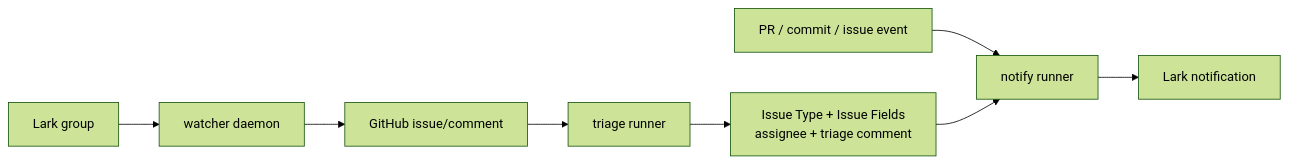
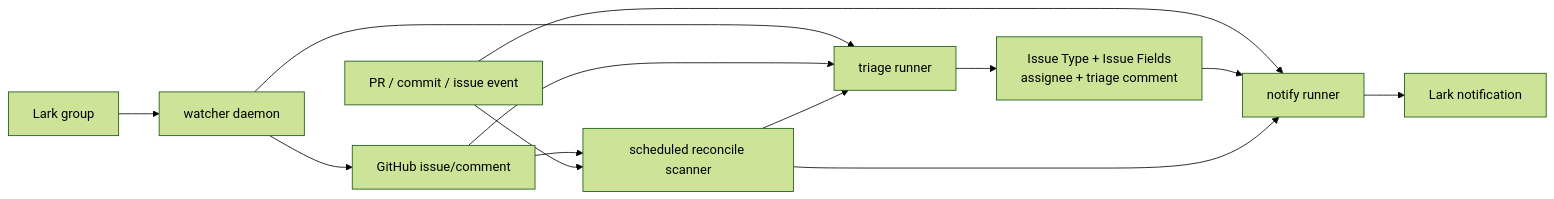
The first of 2 diagrams in README.md (verneagent/bugpatrol), drawn with Mermaid (forest theme) before and after one commit. The commit also changed other lines of this file and 1 other file, not shown here.

Commit message:
Document reconcile workflow entrypoint

````diff
--- a/README.md
+++ b/README.md
@@ -28,19 +28,25 @@
 ```mermaid
 flowchart LR
   lark[Lark group]
   watcher[watcher daemon]
   issue[GitHub issue/comment]
   triage[triage runner]
   fields[Issue Type + Issue Fields<br/>assignee + triage comment]
   event[PR / commit / issue event]
   notify[notify runner]
+  reconcile[scheduled reconcile scanner]
   lark_notice[Lark notification]
 
   lark --> watcher
   watcher --> issue
+  watcher --> triage
   issue --> triage
   triage --> fields
   event --> notify
   fields --> notify
   notify --> lark_notice
+  issue --> reconcile
+  event --> reconcile
+  reconcile --> triage
+  reconcile --> notify
 ```
````
